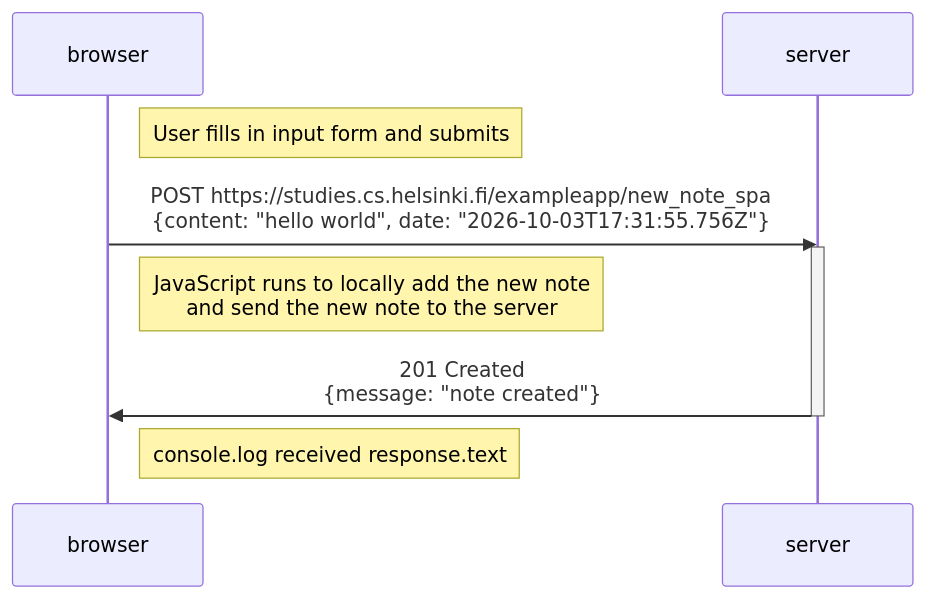
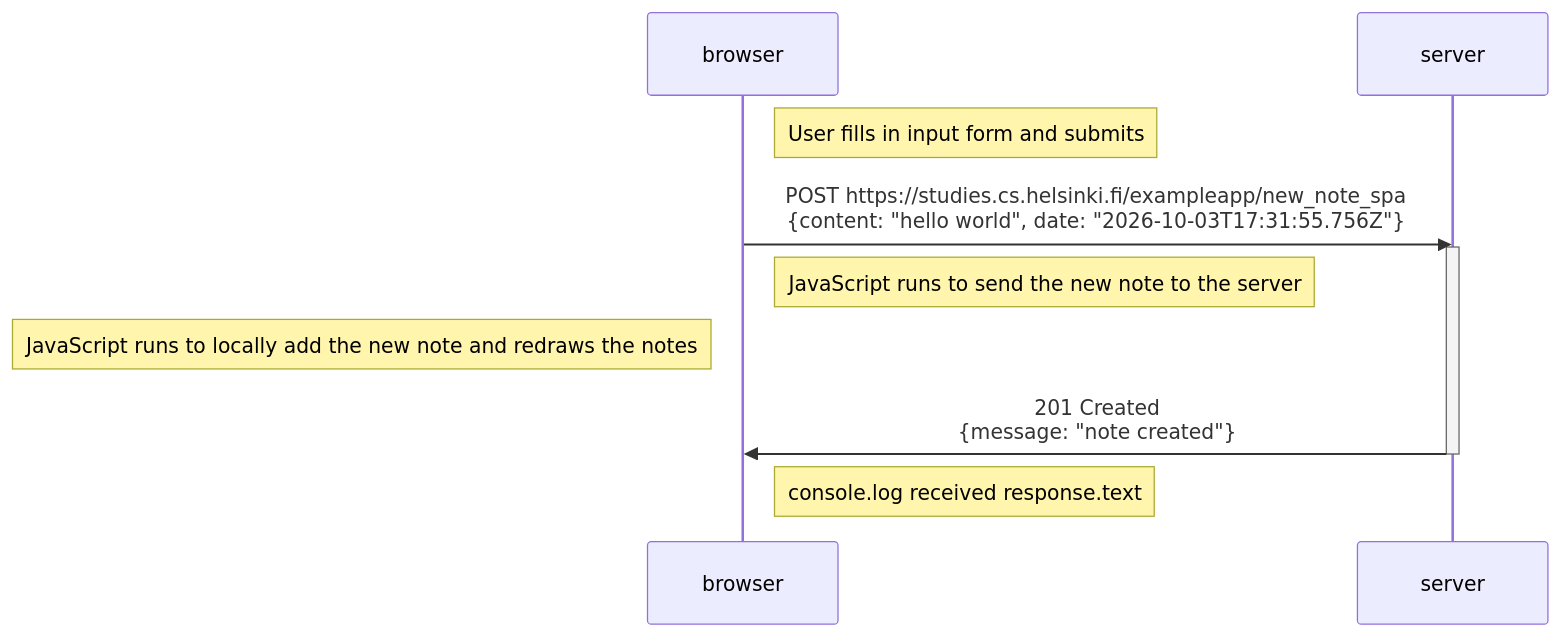
Before and after one commit to colindme/FullstackOpen: the diagram in part0/exercise0.6/diagram.md, drawn with Mermaid.

Commit message:
Small adjustment to 0.6

````diff
--- a/part0/exercise0.6/diagram.md
+++ b/part0/exercise0.6/diagram.md
@@ -1,17 +1,18 @@
 ```mermaid
     sequenceDiagram
         participant browser
         participant server
 
         Note right of browser: User fills in input form and submits
         
         browser->>server: POST https://studies.cs.helsinki.fi/exampleapp/new_note_spa<br/>{content: "hello world", date: "2026-10-03T17:31:55.756Z"}
         activate server
 
-        Note right of browser: JavaScript runs to locally add the new note<br/>and send the new note to the server
+        Note right of browser: JavaScript runs to send the new note to the server
+        Note left of browser: JavaScript runs to locally add the new note and redraws the notes
 
         server->>browser: 201 Created<br>{message: "note created"}
         deactivate server
 
         Note right of browser: console.log received response.text
 ```
````
